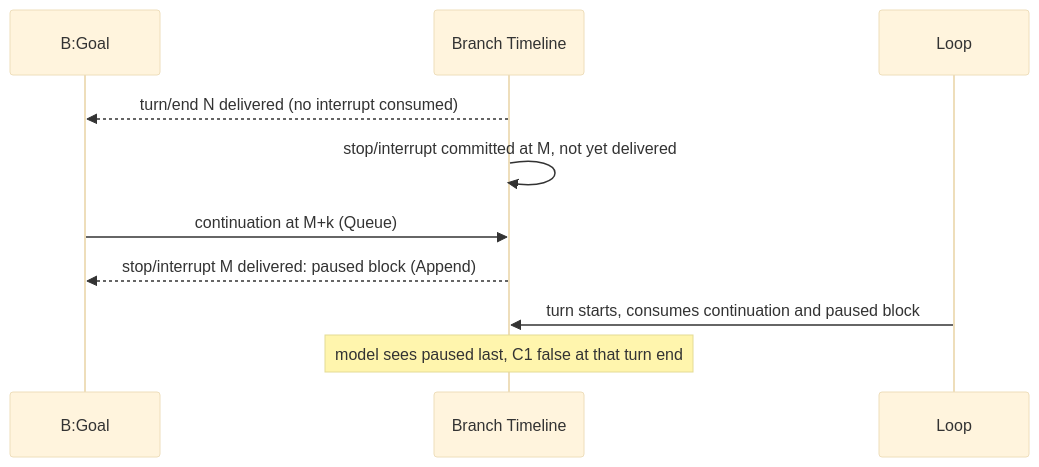
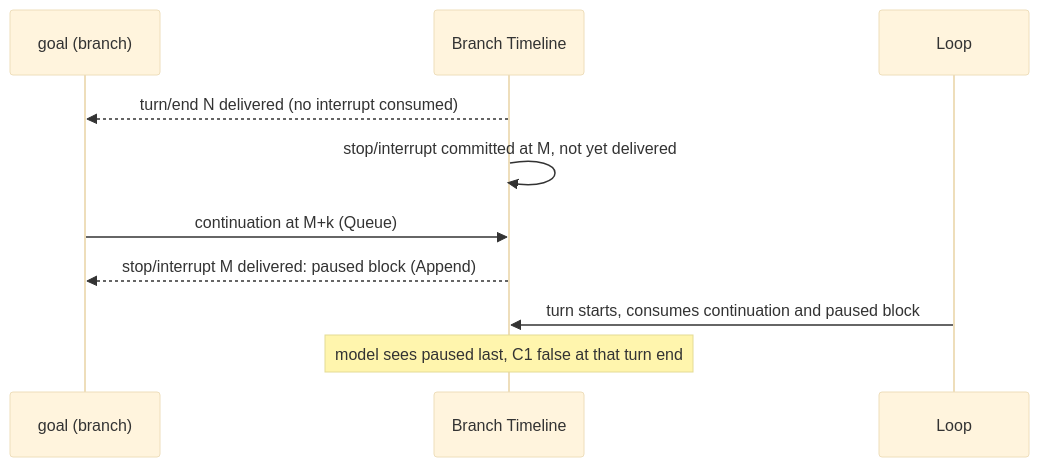
One commit to CoutinhoTTS/dim-agent changed the sixth of 6 diagrams in docs/design/plugins/Goal.md. Above: the diagram before and after it, drawn with Mermaid (base theme). The commit also changed other lines of this file and 3 other files, not shown here.

````diff
--- a/docs/design/plugins/Goal.md
+++ b/docs/design/plugins/Goal.md
@@ -146,12 +146,12 @@
 ```mermaid
 sequenceDiagram
-  participant G as B:Goal
+  participant G as goal (branch)
   participant TL as Branch Timeline
   participant LP as Loop
   TL-->>G: turn/end N delivered (no interrupt consumed)
   TL->>TL: stop/interrupt committed at M, not yet delivered
   G->>TL: continuation at M+k (Queue)
   TL-->>G: stop/interrupt M delivered: paused block (Append)
   LP->>TL: turn starts, consumes continuation and paused block
   Note over TL: model sees paused last, C1 false at that turn end
 ```
````
